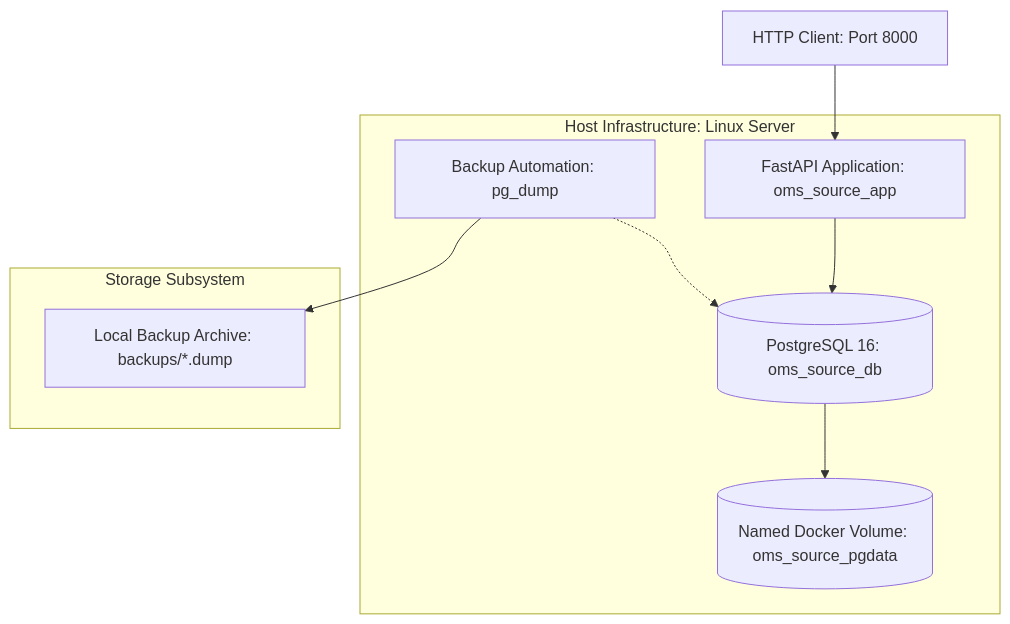
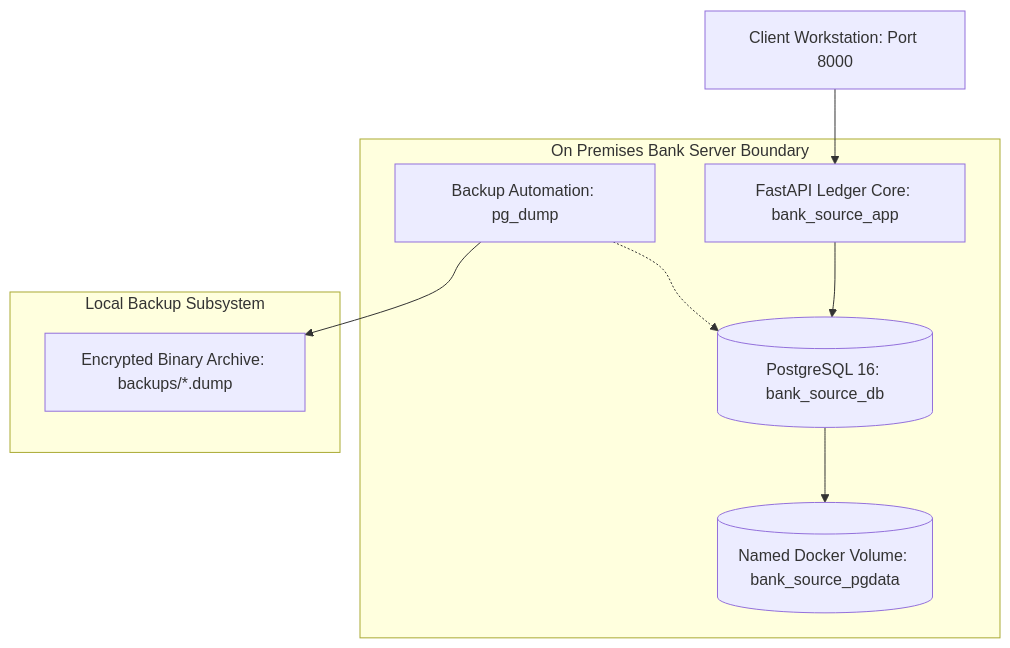
The diagram in docs/architecture/current-state.md (ememjohn/onprem-to-cloud), drawn with Mermaid before and after one commit. The commit also changed other lines of this file and 4 other files, not shown here.

Commit message:
docs(refactor): scrub residual retail terms in favor of Sabay Premium Bank core ledger specifications

````diff
--- a/docs/architecture/current-state.md
+++ b/docs/architecture/current-state.md
@@ -12,14 +12,14 @@
 ```mermaid
 graph TD
-    Client[HTTP Client: Port 8000] --> AppService[FastAPI Application: oms_source_app]
+    Client[Client Workstation: Port 8000] --> AppService[FastAPI Ledger Core: bank_source_app]
 
-    subgraph Host_Server [Host Infrastructure: Linux Server]
-        AppService --> DBService[(PostgreSQL 16: oms_source_db)]
-        DBService --> DataVolume[(Named Docker Volume: oms_source_pgdata)]
+    subgraph Host_Server [On Premises Bank Server Boundary]
+        AppService --> DBService[(PostgreSQL 16: bank_source_db)]
+        DBService --> DataVolume[(Named Docker Volume: bank_source_pgdata)]
         OpsTooling[Backup Automation: pg_dump] -.-> DBService
     end
 
-    subgraph Storage_Subsystem [Storage Subsystem]
-        OpsTooling --> BackupStorage[Local Backup Archive: backups/*.dump]
+    subgraph Storage_Subsystem [Local Backup Subsystem]
+        OpsTooling --> BackupStorage[Encrypted Binary Archive: backups/*.dump]
     end
 ```
````
